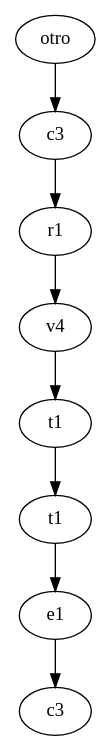
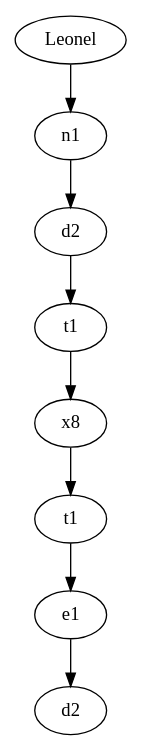
The diagram in src/PLCircular/GraficaMano.dot (Mynor16/Practica1s12017_201213197), drawn with Graphviz before and after one commit. The commit also changed 15 other files, not shown here.

```diff
--- a/src/PLCircular/GraficaMano.dot
+++ b/src/PLCircular/GraficaMano.dot
@@ -1,18 +1,18 @@
 digraph G 
  { 
-otro;
-0 [label=c3];
-1 [label=r1];
-2 [label=v4];
-3 [label=t1];
+Leonel;
+0 [label=n1];
+1 [label=d2];
+2 [label=t1];
+3 [label=x8];
 4 [label=t1];
 5 [label=e1];
-6 [label=c3];
-otro->0;
+6 [label=d2];
+Leonel->0;
 0->1;
 1->2;
 2->3;
 3->4;
 4->5;
 5->6;
 }
```
